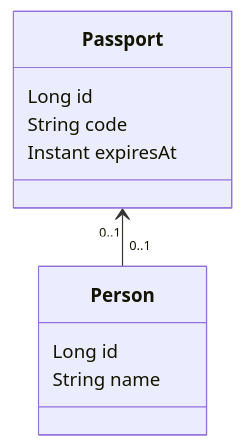
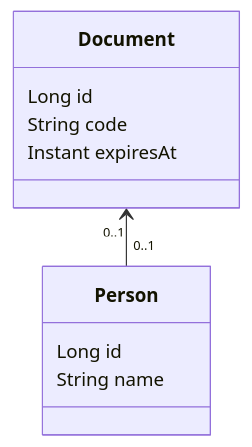
One commit to lucasvalenteds/poc-jpa-one-to-one-unidirectional changed the diagram in README.md. Above: the diagram before and after it, drawn with Mermaid. The commit also changed other lines of this file and 9 other files, not shown here.

First line of the commit message:
Renaming Passport to Document

````diff
--- a/README.md
+++ b/README.md
@@ -18,16 +18,16 @@
 ```mermaid
 classDiagram
 direction BT
 
-class Passport {
+class Document {
     Long  id
     String  code
     Instant  expiresAt
 }
 class Person {
     Long  id
     String  name
 }
 
-Person "0..1" --> "0..1" Passport
+Person "0..1" --> "0..1" Document
 ```
````
